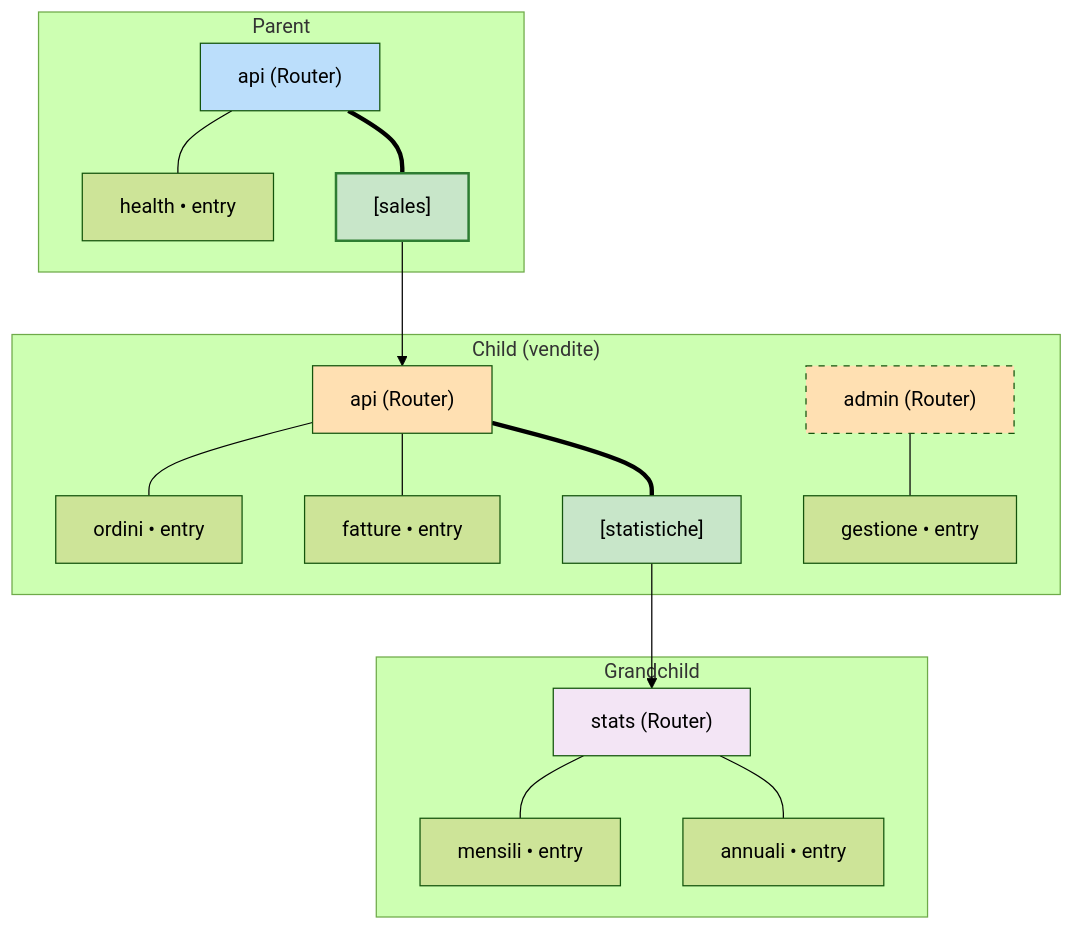
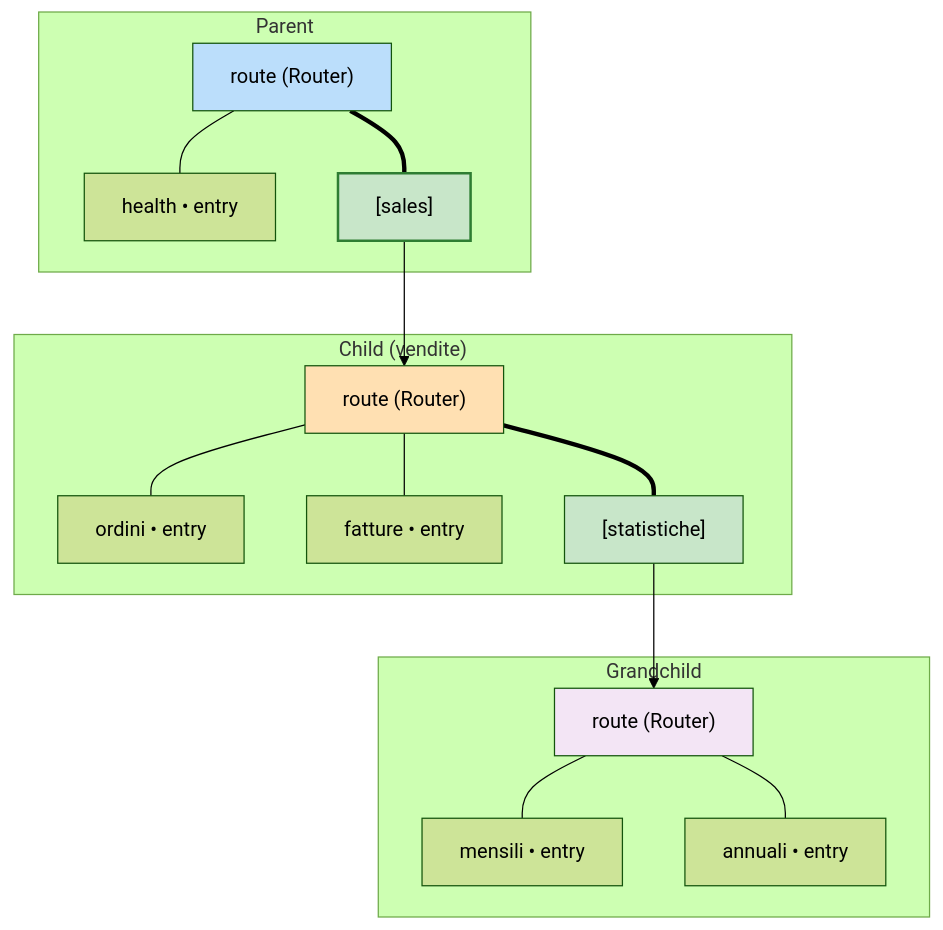
Before and after one commit to genropy/genro-routes: the third of 6 diagrams in docs/guide/attach-instance-visual-guide.md, drawn with Mermaid (forest theme). The commit also changed other lines of this file and 16 other files, not shown here.

First line of the commit message:
docs: migrate documentation to single-router API. Refs #32

````diff
--- a/docs/guide/attach-instance-visual-guide.md
+++ b/docs/guide/attach-instance-visual-guide.md
@@ -123,30 +80,27 @@
 ```mermaid
 graph TB
     subgraph "Parent"
-        PA["api (Router)"]
+        PA["route (Router)"]
         PA --- E1["health &bull; entry"]
         PA === S1["[sales]"]
     end
     subgraph "Child (vendite)"
-        CA["api (Router)"]
+        CA["route (Router)"]
         CA --- E3["ordini &bull; entry"]
         CA --- E4["fatture &bull; entry"]
         CA === SS["[statistiche]"]
-        CB["admin (Router)"]
-        CB --- E5["gestione &bull; entry"]
     end
     subgraph "Grandchild"
-        GR["stats (Router)"]
+        GR["route (Router)"]
         GR --- E6["mensili &bull; entry"]
         GR --- E7["annuali &bull; entry"]
     end
     S1 --> CA
     SS --> GR
 
     style PA fill:#bbdefb
     style CA fill:#ffe0b2
-    style CB fill:#ffe0b2,stroke-dasharray: 5 5
     style S1 fill:#c8e6c9,stroke:#2e7d32,stroke-width:2px
     style SS fill:#c8e6c9
     style GR fill:#f3e5f5
 ```
````
